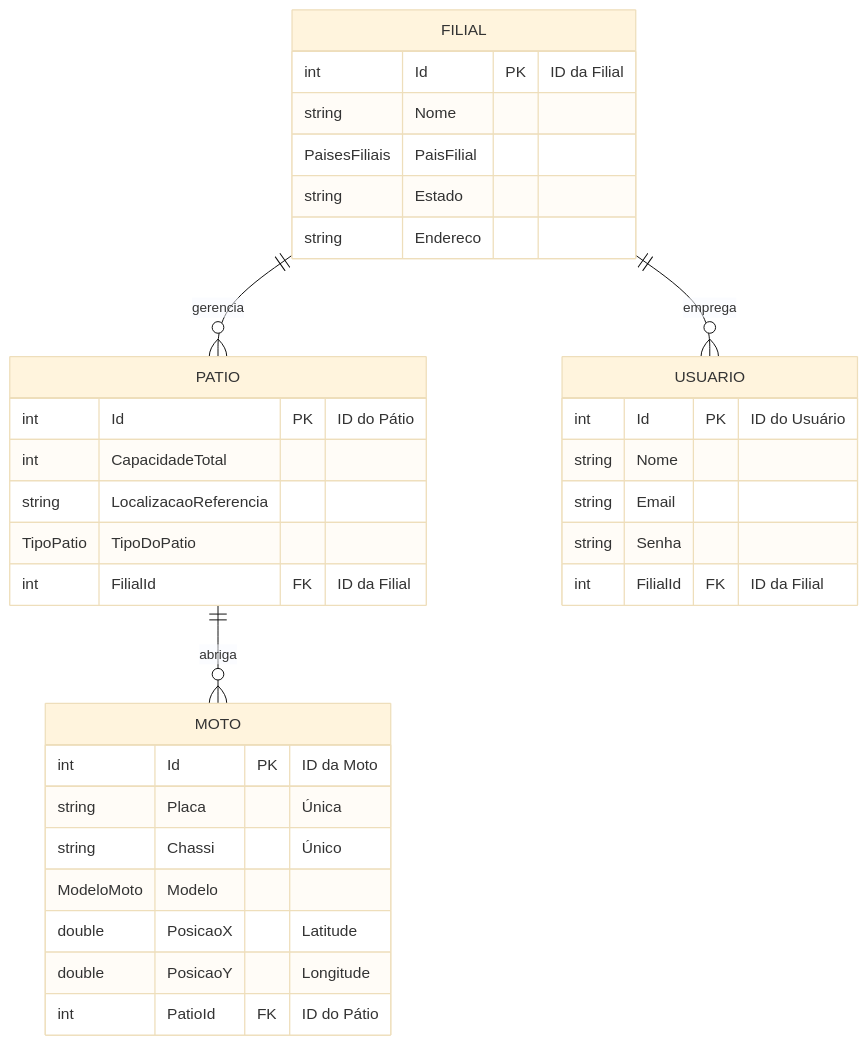
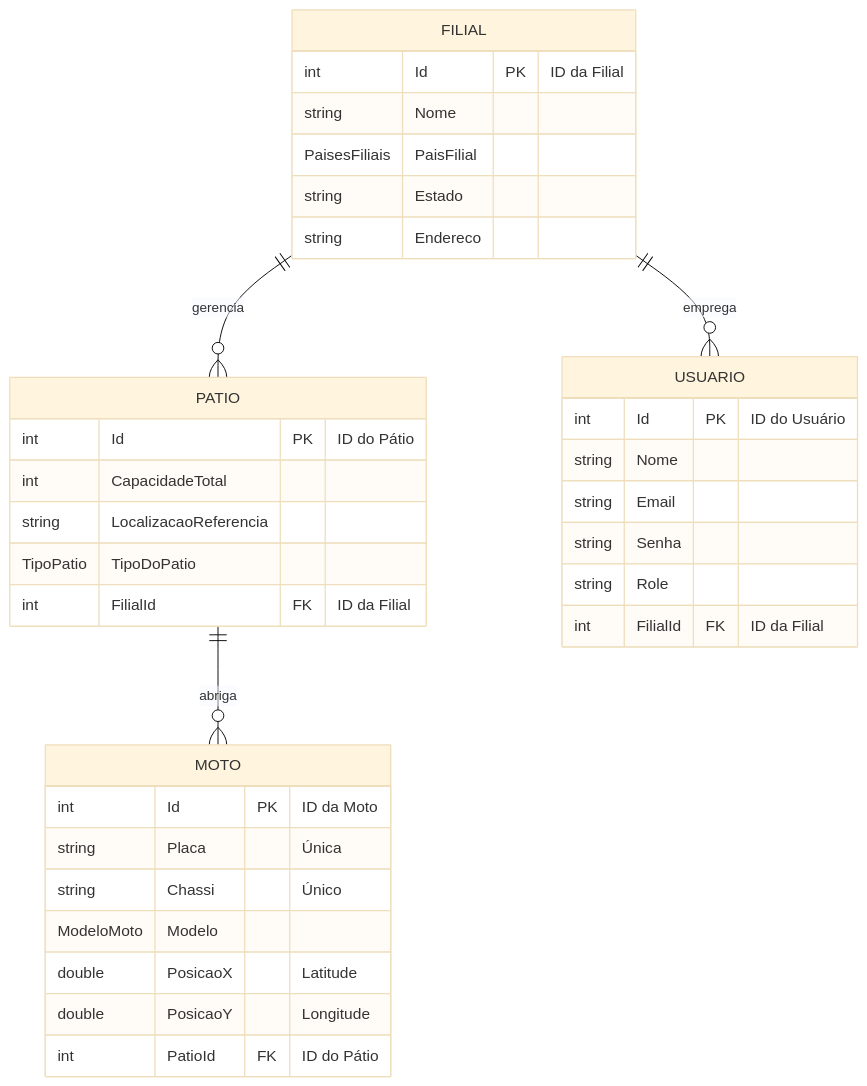
Before and after one commit to SunaUezuri/GeoMottuMinimalApi: the diagram in README.md, drawn with Mermaid (base theme).

Commit message:
doc: Atualizando o README da aplicação com a Role na tabela

````diff
--- a/README.md
+++ b/README.md
@@ -162,40 +162,41 @@
 ```mermaid
 erDiagram
     FILIAL ||--o{ PATIO : "gerencia"
     FILIAL ||--o{ USUARIO : "emprega"
     PATIO ||--o{ MOTO : "abriga"
 
     FILIAL {
         int Id PK "ID da Filial"
         string Nome
         PaisesFiliais PaisFilial
         string Estado
         string Endereco
     }
 
     PATIO {
         int Id PK "ID do Pátio"
         int CapacidadeTotal
         string LocalizacaoReferencia
         TipoPatio TipoDoPatio
         int FilialId FK "ID da Filial"
     }
 
     USUARIO {
         int Id PK "ID do Usuário"
         string Nome
         string Email
         string Senha
+        string Role
         int FilialId FK "ID da Filial"
     }
 
     MOTO {
         int Id PK "ID da Moto"
         string Placa "Única"
         string Chassi "Único"
         ModeloMoto Modelo
         double PosicaoX "Latitude"
         double PosicaoY "Longitude"
         int PatioId FK "ID do Pátio"
     }
 ```
````
